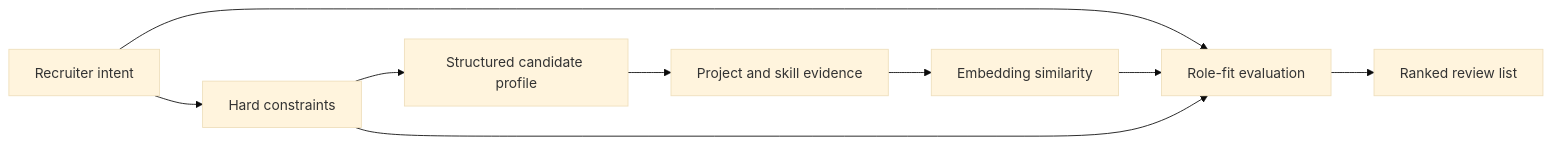
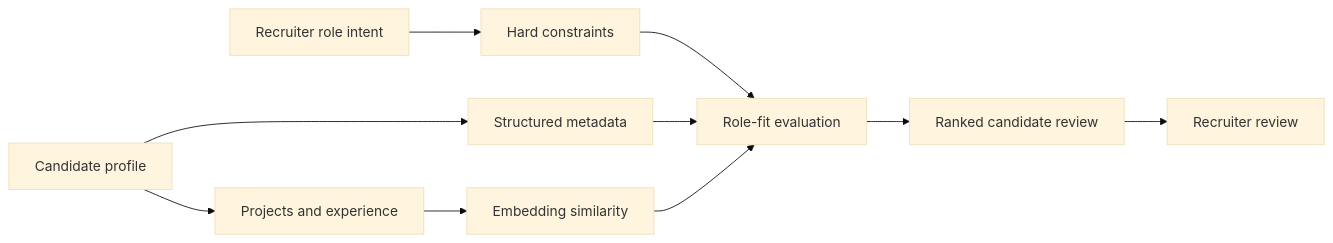
Before and after one commit to SujayCh07/cache-case-study: the third of 4 diagrams in README.md, drawn with Mermaid (base theme). The commit also changed other lines of this file, not shown here.

First line of the commit message:
Revise README for improved project documentation

````diff
--- a/README.md
+++ b/README.md
@@ -74,19 +160,14 @@
 ```mermaid
 flowchart LR
-    intent["Recruiter intent"]
-    constraints["Hard constraints"]
-    profile["Structured candidate profile"]
-    evidence["Project and skill evidence"]
-    vectors["Embedding similarity"]
-    fit["Role-fit evaluation"]
-    ranked["Ranked review list"]
+    Role["Recruiter role intent"] --> Constraints["Hard constraints"]
+    Candidate["Candidate profile"] --> Metadata["Structured metadata"]
+    Candidate --> Evidence["Projects and experience"]
+    Evidence --> Vectors["Embedding similarity"]
 
-    intent --> constraints
-    constraints --> profile
-    profile --> evidence
-    evidence --> vectors
-    intent --> fit
-    vectors --> fit
-    constraints --> fit
-    fit --> ranked
+    Constraints --> Evaluation["Role-fit evaluation"]
+    Metadata --> Evaluation
+    Vectors --> Evaluation
+
+    Evaluation --> Ranked["Ranked candidate review"]
+    Ranked --> Human["Recruiter review"]
 ```
````
